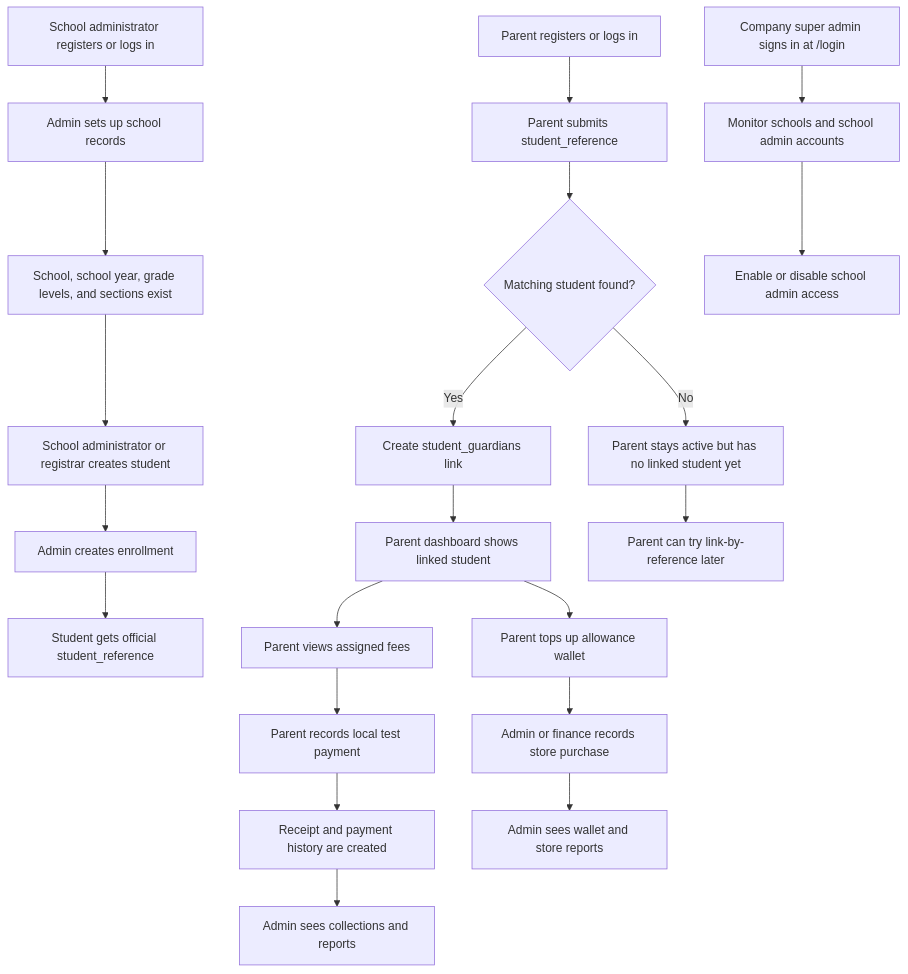
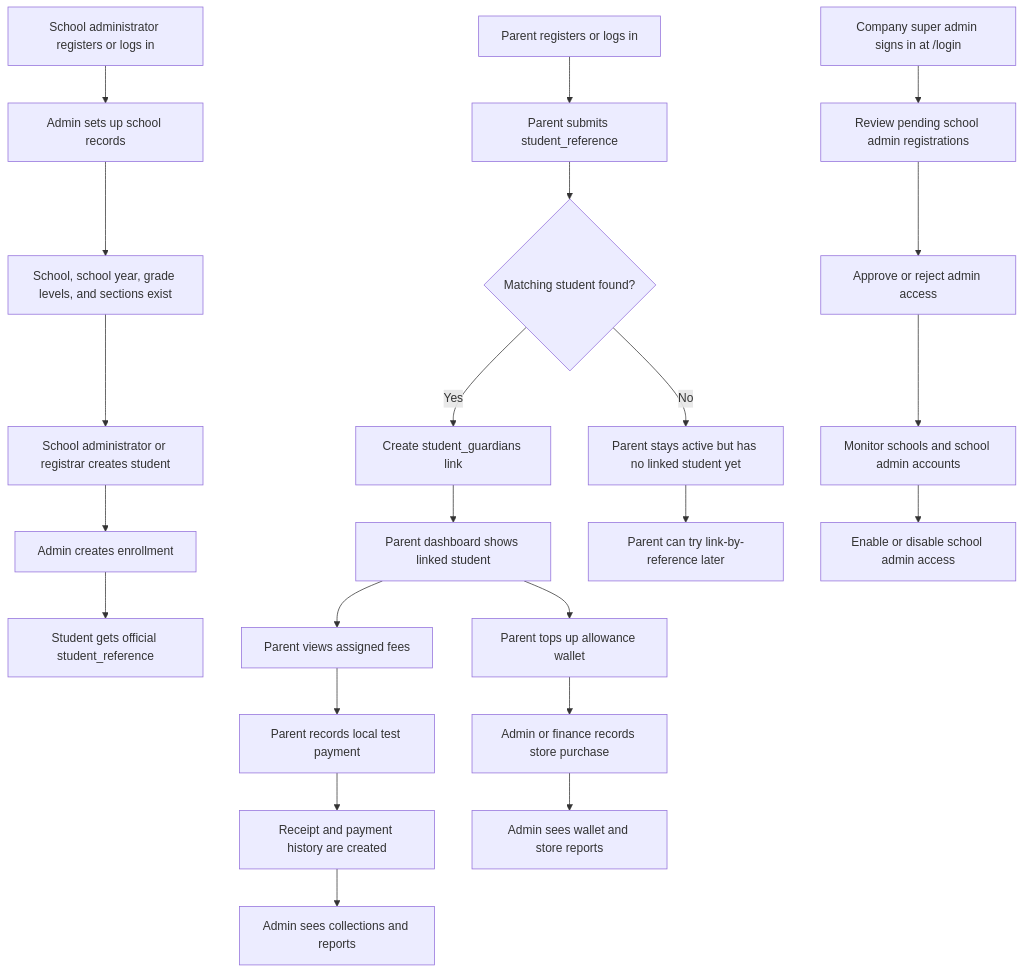
One commit to Xeyn19/xmetapay changed the first of 21 diagrams in docs/PROJECT_FLOWCHARTS.md. Above: the diagram before and after it, drawn with Mermaid. The commit also changed other lines of this file and 14 other files, not shown here.

````diff
--- a/docs/PROJECT_FLOWCHARTS.md
+++ b/docs/PROJECT_FLOWCHARTS.md
@@ -73,26 +74,28 @@
 ```mermaid
 flowchart TD
   A["School administrator registers or logs in"] --> B["Admin sets up school records"]
   B --> C["School, school year, grade levels, and sections exist"]
   C --> D["School administrator or registrar creates student"]
   D --> E["Admin creates enrollment"]
   E --> F["Student gets official student_reference"]
 
   G["Parent registers or logs in"] --> H["Parent submits student_reference"]
   H --> I{"Matching student found?"}
   I -->|Yes| J["Create student_guardians link"]
   I -->|No| K["Parent stays active but has no linked student yet"]
   J --> L["Parent dashboard shows linked student"]
   K --> M["Parent can try link-by-reference later"]
 
   L --> N["Parent views assigned fees"]
   N --> O["Parent records local test payment"]
   O --> P["Receipt and payment history are created"]
   L --> Q["Parent tops up allowance wallet"]
   Q --> R["Admin or finance records store purchase"]
 
   P --> S["Admin sees collections and reports"]
   R --> T["Admin sees wallet and store reports"]
-  U["Company super admin signs in at /login"] --> V["Monitor schools and school admin accounts"]
-  V --> W["Enable or disable school admin access"]
+  U["Company super admin signs in at /login"] --> V["Review pending school admin registrations"]
+  V --> W["Approve or reject admin access"]
+  W --> X["Monitor schools and school admin accounts"]
+  X --> Y["Enable or disable school admin access"]
 ```
````
